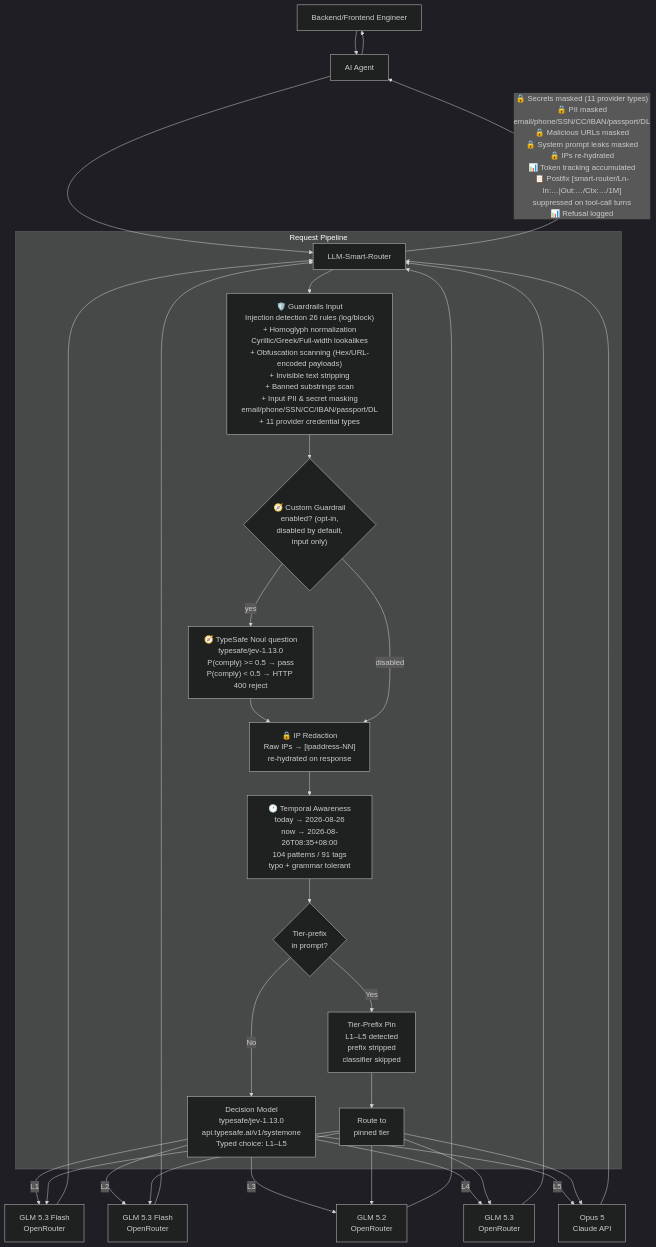
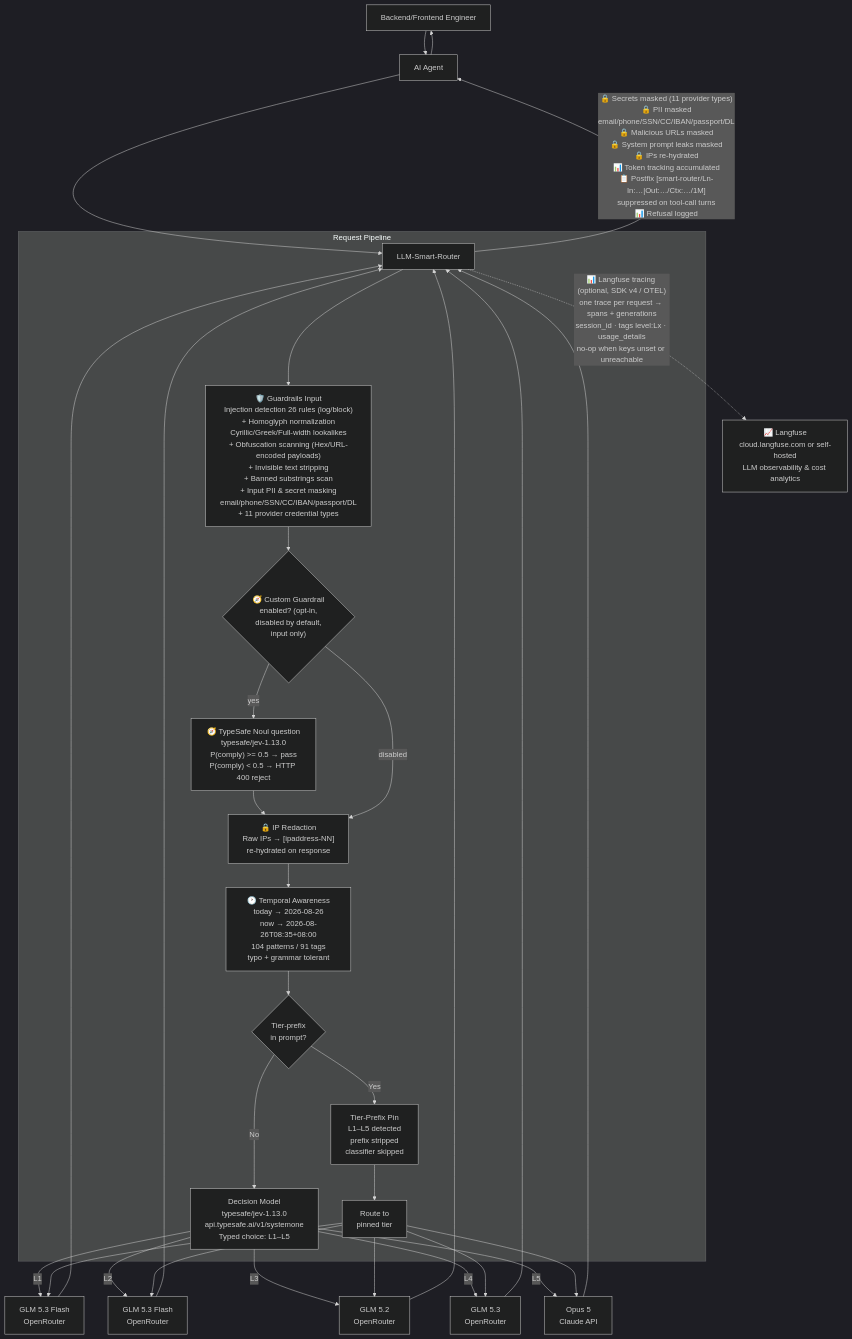
Before and after one commit to Green-Needle-Tech/llm-smart-router: the first of 2 diagrams in README.md, drawn with Mermaid (dark theme). The commit also changed other lines of this file and 1 other file, not shown here.

Commit message:
Docs: add Langfuse service to mermaid architecture diagrams
README main architecture flowchart — Langfuse as external observability
sink receiving traces (dashed, optional, no-op when unconfigured).
README trace hierarchy — Langfuse as trace destination.
Spec §1.3 primary user flow — Langfuse service node.
Spec §2.2 request lifecycle — LangfuseTraceMiddleware wrap step (R0)
  + flush to Langfuse.
Spec §8.4 sequenceDiagram — Langfuse participant + flush() delivery.
Spec §2.1 components table + §2.3 tech stack — Tracing rows.

````diff
--- a/README.md
+++ b/README.md
@@ -302,38 +302,40 @@
 ```mermaid
 flowchart TD
     A[Backend/Frontend Engineer] --> B[AI Agent]
     B --> C[LLM-Smart-Router]
 
     subgraph Router [Request Pipeline]
         C --> P1["🛡️ Guardrails Input<br/>Injection detection 26 rules (log/block)<br/>+ Homoglyph normalization<br/>Cyrillic/Greek/Full-width lookalikes<br/>+ Obfuscation scanning (Hex/URL-encoded payloads)<br/>+ Invisible text stripping<br/>+ Banned substrings scan<br/>+ Input PII & secret masking<br/>email/phone/SSN/CC/IBAN/passport/DL<br/>+ 11 provider credential types"]
         P1 --> CG{"🧭 Custom Guardrail<br/>enabled? (opt-in,<br/>disabled by default,<br/>input only)"}
         CG -->|yes| CG2["🧭 TypeSafe Noul question<br/>typesafe/jev-1.13.0<br/>P(comply) >= 0.5 → pass<br/>P(comply) < 0.5 → HTTP 400 reject"]
         CG2 --> P2
         CG -->|disabled| P2["🔒 IP Redaction<br/>Raw IPs → [ipaddress-NN]<br/>re-hydrated on response"]
         P2 --> P2T["🕐 Temporal Awareness<br/>today → 2026-08-26<br/>now → 2026-08-26T08:35+08:00<br/>104 patterns / 91 tags<br/>typo + grammar tolerant"]
         P2T --> TP{"Tier-prefix<br/>in prompt?"}
         TP -->|Yes| TP2["Tier-Prefix Pin<br/>L1–L5 detected<br/>prefix stripped<br/>classifier skipped"]
         TP -->|No| D["Decision Model<br/>typesafe/jev-1.13.0<br/>api.typesafe.ai/v1/systemone<br/>Typed choice: L1–L5"]
         TP2 --> D2["Route to<br/>pinned tier"]
     end
 
     D -->|L1| E[GLM 5.3 Flash<br/>OpenRouter]
     D -->|L2| F[GLM 5.3 Flash<br/>OpenRouter]
     D -->|L3| F2[GLM 5.2<br/>OpenRouter]
     D -->|L4| F3[GLM 5.3<br/>OpenRouter]
     D -->|L5| H[Opus 5<br/>Claude API]
     D2 --> E
     D2 --> F
     D2 --> F2
     D2 --> F3
     D2 --> H
 
     E --> C
     F --> C
     F2 --> C
     F3 --> C
     H --> C
 
     C -->|"🔒 Secrets masked (11 provider types)<br/>🔒 PII masked<br/>email/phone/SSN/CC/IBAN/passport/DL<br/>🔒 Malicious URLs masked<br/>🔒 System prompt leaks masked<br/>🔒 IPs re-hydrated<br/>📊 Token tracking accumulated<br/>📋 Postfix [smart-router/Ln-In:…|Out:…/Ctx:…/1M]<br/>suppressed on tool-call turns<br/>📊 Refusal logged"| B
     B --> A
+
+    C -.->|"📊 Langfuse tracing (optional, SDK v4 / OTEL)<br/>one trace per request → spans + generations<br/>session_id · tags level:Lx · usage_details<br/>no-op when keys unset or unreachable"| LF["📈 Langfuse<br/>cloud.langfuse.com or self-hosted<br/>LLM observability & cost analytics"]
 ```
````
